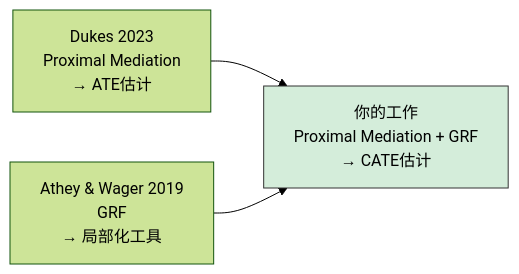
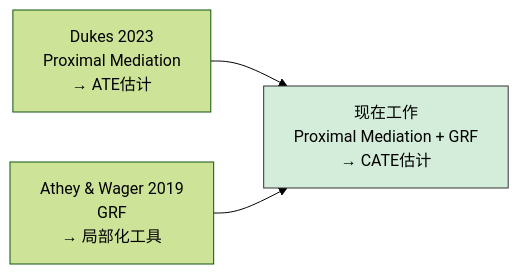
One commit to haohongz/Conditional-Mediation-Effect-Estimation-with-GRF changed the first of 5 diagrams in Topic5_Conditional_Mediation_GRF.md. Above: the diagram before and after it, drawn with Mermaid (forest theme).

````diff
--- a/Topic5_Conditional_Mediation_GRF.md
+++ b/Topic5_Conditional_Mediation_GRF.md
@@ -24,11 +24,11 @@
 ```mermaid
 graph LR
     A["Dukes 2023<br/>Proximal Mediation<br/>→ ATE估计"] 
     B["Athey & Wager 2019<br/>GRF<br/>→ 局部化工具"]
-    C["你的工作<br/>Proximal Mediation + GRF<br/>→ CATE估计"]
+    C["现在工作<br/>Proximal Mediation + GRF<br/>→ CATE估计"]
     
     A --> C
     B --> C
     
     style C fill:#d4edda,stroke:#333
 ```
````
